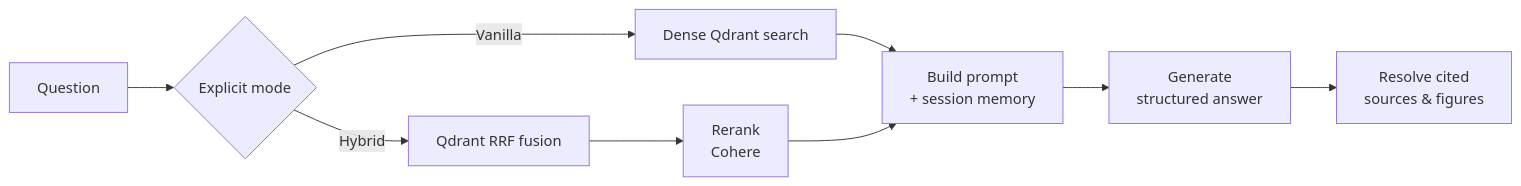
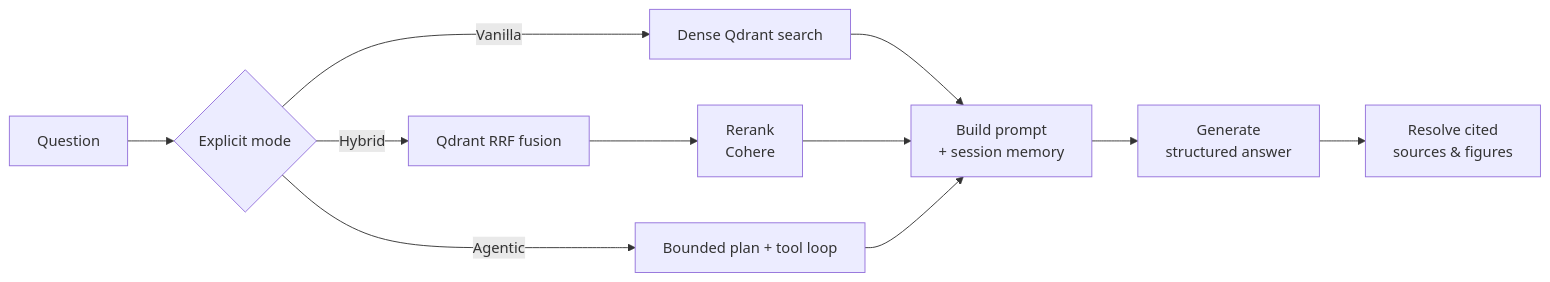
The diagram in docs/architecture/rag-pipeline.md (pdemeulenaer/rag-demo), drawn with Mermaid before and after one commit. The commit also changed other lines of this file and 19 other files, not shown here.

````diff
--- a/docs/architecture/rag-pipeline.md
+++ b/docs/architecture/rag-pipeline.md
@@ -28,11 +30,13 @@
 ```mermaid
 flowchart LR
     Q[Question] --> M{Explicit mode}
     M -->|Vanilla| D[Dense Qdrant search]
     M -->|Hybrid| H[Qdrant RRF fusion]
+    M -->|Agentic| A[Bounded plan + tool loop]
     H --> R[Rerank<br/>Cohere]
     D --> P[Build prompt<br/>+ session memory]
     R --> P
+    A --> P
     P --> G[Generate<br/>structured answer]
     G --> S[Resolve cited<br/>sources & figures]
 ```
````
